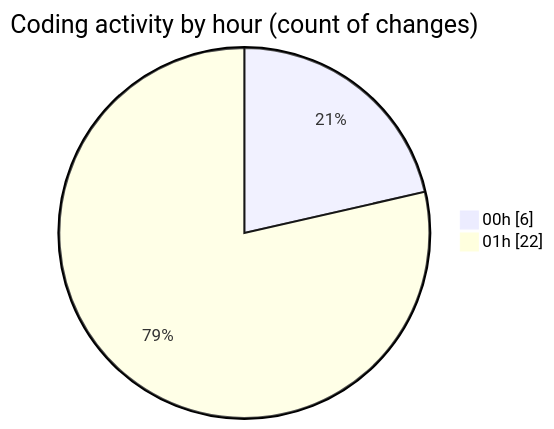
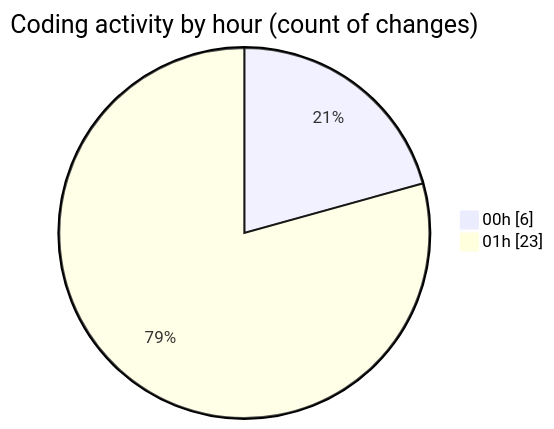
The second of 2 diagrams in 2025-07-28/refunds/README.md (EIIisD/code-tracking), drawn with Mermaid before and after one commit. The commit also changed other lines of this file and 1 other file, not shown here.

````diff
--- a/2025-07-28/refunds/README.md
+++ b/2025-07-28/refunds/README.md
@@ -31,6 +31,6 @@
 ```mermaid
 pie showData
 title Coding activity by hour (count of changes)
 "00h" : 6
-"01h" : 22
+"01h" : 23
 ```
````
